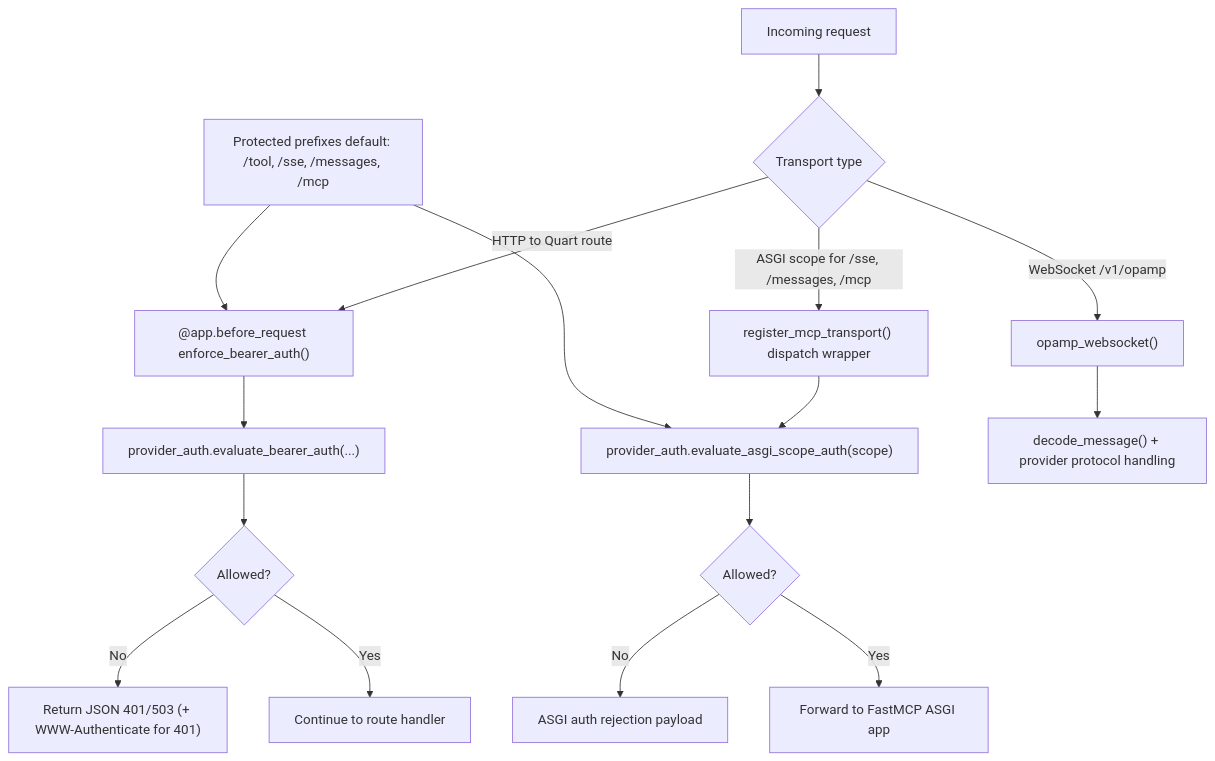
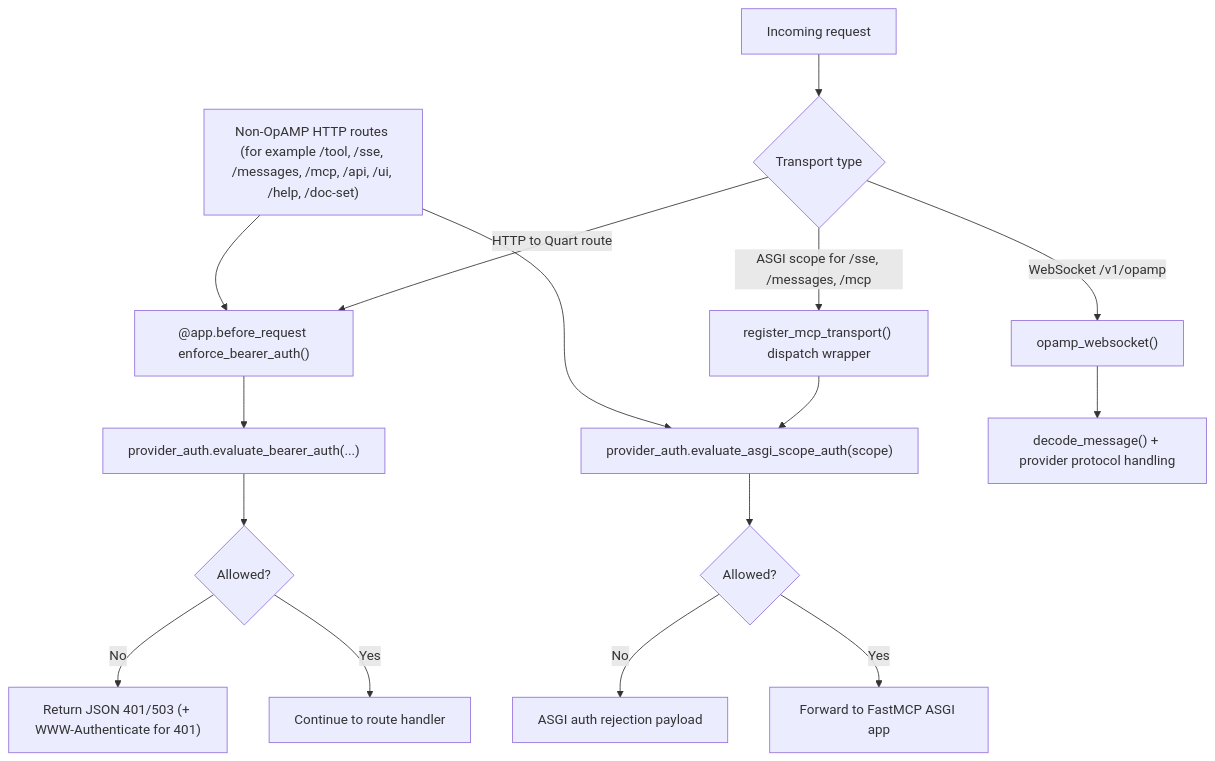
One commit to mp3monster/fluent-bit-opamp changed the fourth of 4 diagrams in docs/provider_server_diagram.md. Above: the diagram before and after it, drawn with Mermaid. The commit also changed other lines of this file and 12 other files, not shown here.

````diff
--- a/docs/provider_server_diagram.md
+++ b/docs/provider_server_diagram.md
@@ -193,22 +193,22 @@
 ```mermaid
 flowchart TD
     A["Incoming request"] --> B{"Transport type"}
 
     B -->|HTTP to Quart route| C["@app.before_request enforce_bearer_auth()"]
     C --> D["provider_auth.evaluate_bearer_auth(...)"]
     D --> E{"Allowed?"}
     E -->|No| F["Return JSON 401/503 (+ WWW-Authenticate for 401)"]
     E -->|Yes| G["Continue to route handler"]
 
     B -->|ASGI scope for /sse, /messages, /mcp| H["register_mcp_transport() dispatch wrapper"]
     H --> I["provider_auth.evaluate_asgi_scope_auth(scope)"]
     I --> J{"Allowed?"}
     J -->|No| K["ASGI auth rejection payload"]
     J -->|Yes| L["Forward to FastMCP ASGI app"]
 
     B -->|WebSocket /v1/opamp| M["opamp_websocket()"]
     M --> N["decode_message() + provider protocol handling"]
 
-    O["Protected prefixes default: /tool, /sse, /messages, /mcp"] --> C
+    O["Non-OpAMP HTTP routes (for example /tool, /sse, /messages, /mcp, /api, /ui, /help, /doc-set)"] --> C
     O --> I
 ```
````
